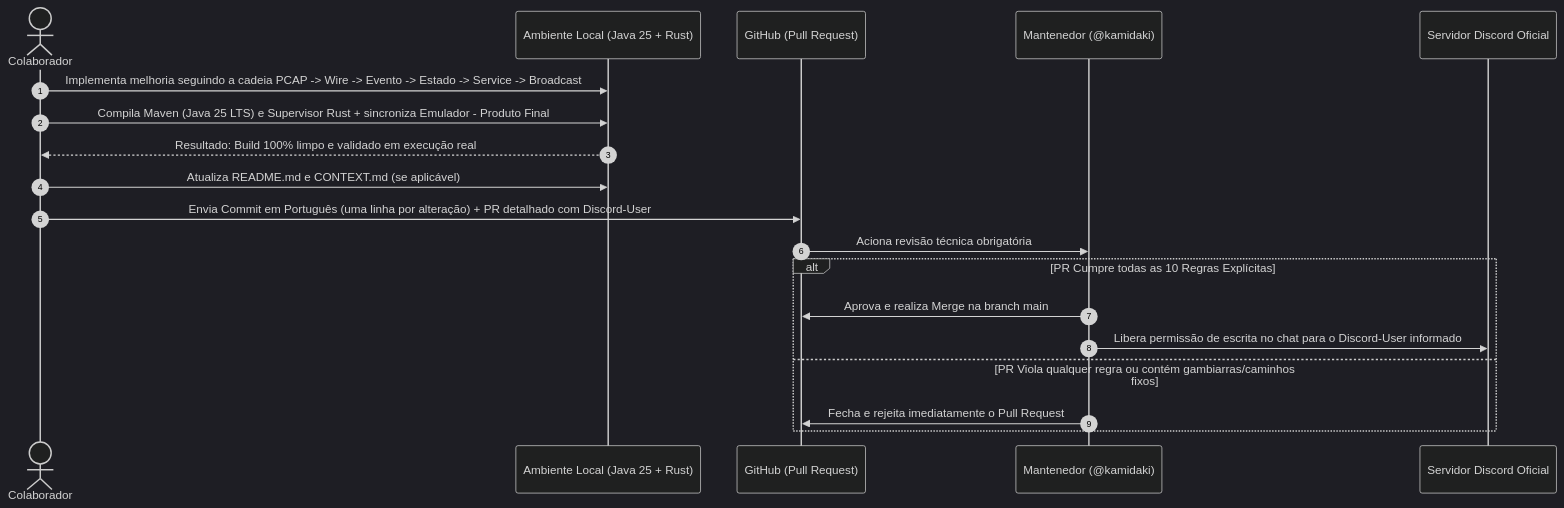
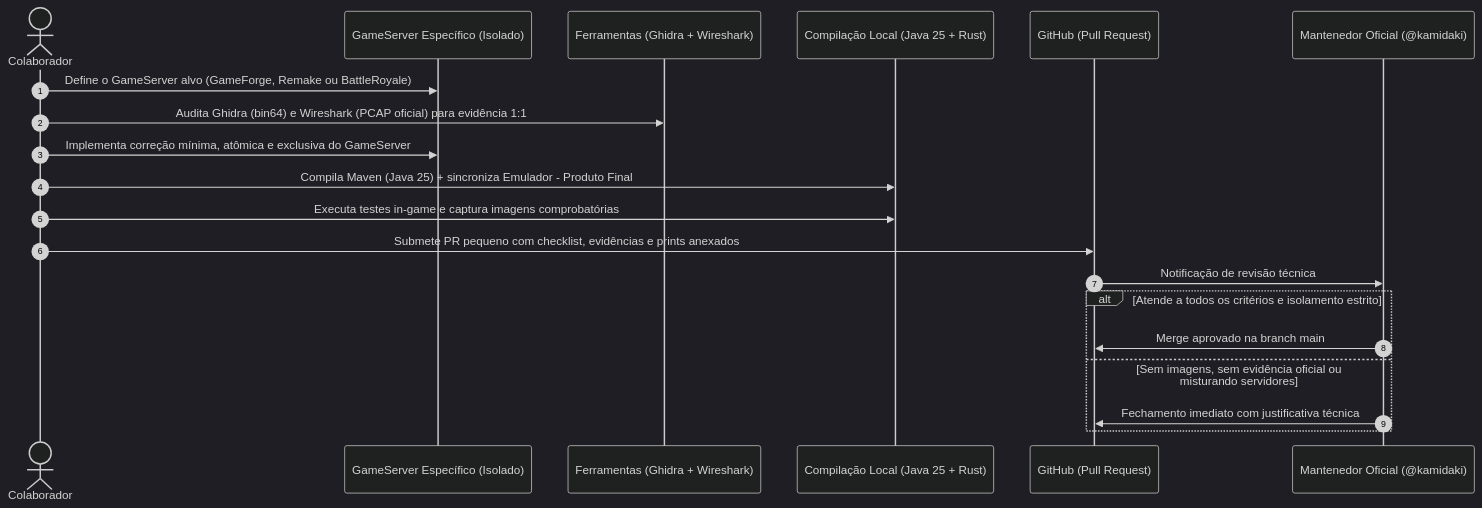
Before and after one commit to kamidaki/aion-classic-5.0: the diagram in CONTRIBUTING.md, drawn with Mermaid. The commit also changed other lines of this file and 21 other files, not shown here.

First line of the commit message:
docs: atualizar regras mandatorias de isolamento entre gameservers e governanca

````diff
--- a/CONTRIBUTING.md
+++ b/CONTRIBUTING.md
@@ -24,23 +87,24 @@
 ```mermaid
 %%{init: {'theme': 'dark', 'themeVariables': { 'primaryColor': '#0f172a', 'primaryTextColor': '#f8fafc', 'primaryBorderColor': '#38bdf8', 'lineColor': '#38bdf8'}}}%%
 sequenceDiagram
     autonumber
     actor Dev as Colaborador
-    participant Local as Ambiente Local (Java 25 + Rust)
+    participant GS as GameServer Específico (Isolado)
+    participant Tool as Ferramentas (Ghidra + Wireshark)
+    participant Local as Compilação Local (Java 25 + Rust)
     participant GH as GitHub (Pull Request)
-    participant Maintainer as Mantenedor (@kamidaki)
-    participant Discord as Servidor Discord Oficial
+    participant Maintainer as Mantenedor Oficial (@kamidaki)
 
-    Dev->>Local: Implementa melhoria seguindo a cadeia PCAP -> Wire -> Evento -> Estado -> Service -> Broadcast
-    Dev->>Local: Compila Maven (Java 25 LTS) e Supervisor Rust + sincroniza Emulador - Produto Final
-    Local-->>Dev: Resultado: Build 100% limpo e validado em execução real
-    Dev->>Local: Atualiza README.md e CONTEXT.md (se aplicável)
-    Dev->>GH: Envia Commit em Português (uma linha por alteração) + PR detalhado com Discord-User
-    GH->>Maintainer: Aciona revisão técnica obrigatória
-    alt PR Cumpre todas as 10 Regras Explícitas
-        Maintainer->>GH: Aprova e realiza Merge na branch main
-        Maintainer->>Discord: Libera permissão de escrita no chat para o Discord-User informado
-    else PR Viola qualquer regra ou contém gambiarras/caminhos fixos
-        Maintainer->>GH: Fecha e rejeita imediatamente o Pull Request
+    Dev->>GS: Define o GameServer alvo (GameForge, Remake ou BattleRoyale)
+    Dev->>Tool: Audita Ghidra (bin64) e Wireshark (PCAP oficial) para evidência 1:1
+    Dev->>GS: Implementa correção mínima, atômica e exclusiva do GameServer
+    Dev->>Local: Compila Maven (Java 25) + sincroniza Emulador - Produto Final
+    Dev->>Local: Executa testes in-game e captura imagens comprobatórias
+    Dev->>GH: Submete PR pequeno com checklist, evidências e prints anexados
+    GH->>Maintainer: Notificação de revisão técnica
+    alt Atende a todos os critérios e isolamento estrito
+        Maintainer->>GH: Merge aprovado na branch main
+    else Sem imagens, sem evidência oficial ou misturando servidores
+        Maintainer->>GH: Fechamento imediato com justificativa técnica
     end
 ```
````
